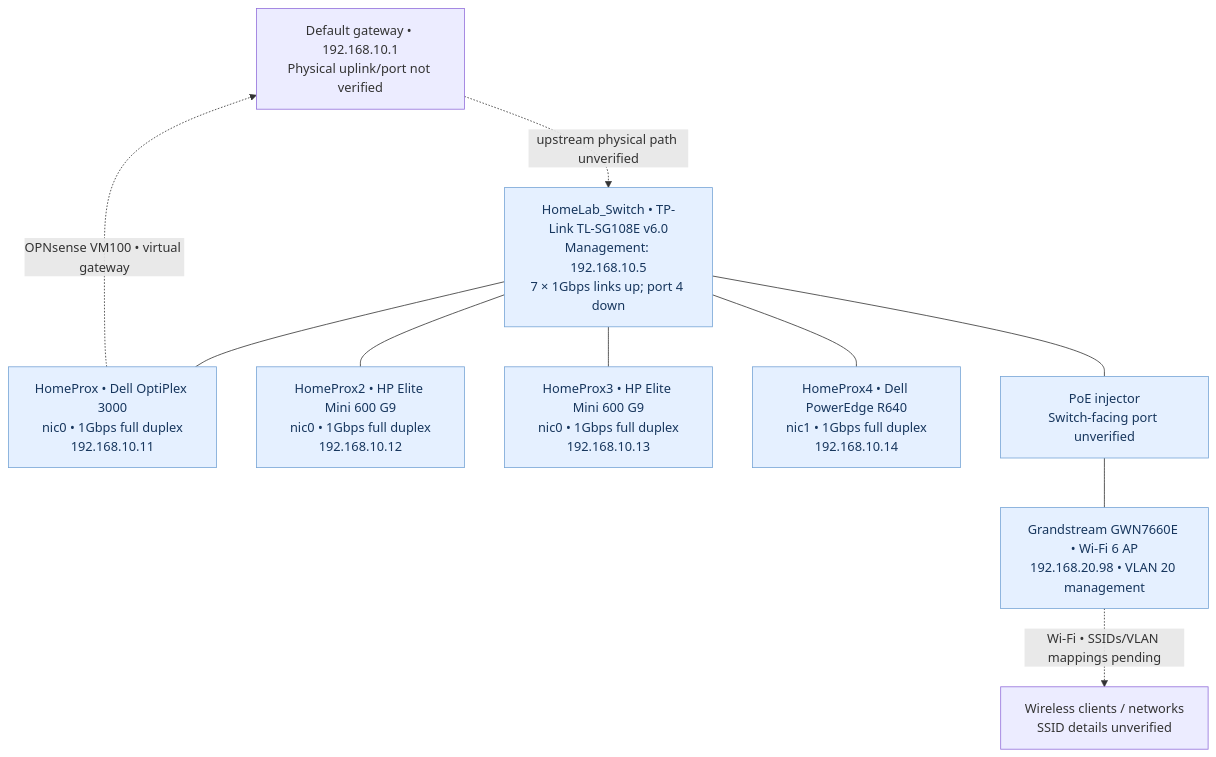
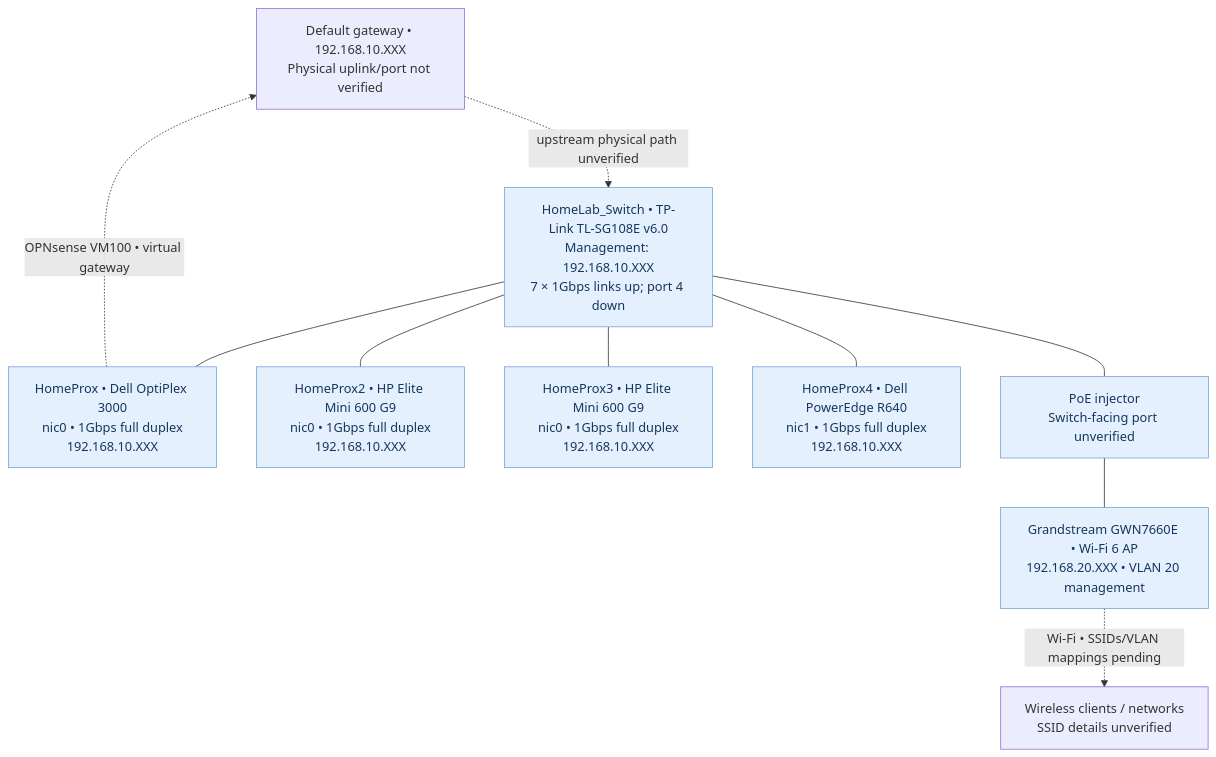
The second of 3 diagrams in network/diagrams/README.md (samuelkemp1619/HOMELAB-PORTFOLIO), drawn with Mermaid before and after one commit. The commit also changed other lines of this file, not shown here.

````diff
--- a/network/diagrams/README.md
+++ b/network/diagrams/README.md
@@ -54,16 +56,16 @@
 ```mermaid
 flowchart TB
-    GW["Default gateway • 192.168.10.1<br/>Physical uplink/port not verified"]
-    SW["HomeLab_Switch • TP-Link TL-SG108E v6.0<br/>Management: 192.168.10.5<br/>7 × 1Gbps links up; port 4 down"]
+    GW["Default gateway • 192.168.10.XXX<br/>Physical uplink/port not verified"]
+    SW["HomeLab_Switch • TP-Link TL-SG108E v6.0<br/>Management: 192.168.10.XXX<br/>7 × 1Gbps links up; port 4 down"]
     GW -. "upstream physical path unverified" .-> SW
-    SW --- H1["HomeProx • Dell OptiPlex 3000<br/>nic0 • 1Gbps full duplex<br/>192.168.10.11"]
-    SW --- H2["HomeProx2 • HP Elite Mini 600 G9<br/>nic0 • 1Gbps full duplex<br/>192.168.10.12"]
-    SW --- H3["HomeProx3 • HP Elite Mini 600 G9<br/>nic0 • 1Gbps full duplex<br/>192.168.10.13"]
-    SW --- H4["HomeProx4 • Dell PowerEdge R640<br/>nic1 • 1Gbps full duplex<br/>192.168.10.14"]
+    SW --- H1["HomeProx • Dell OptiPlex 3000<br/>nic0 • 1Gbps full duplex<br/>192.168.10.XXX"]
+    SW --- H2["HomeProx2 • HP Elite Mini 600 G9<br/>nic0 • 1Gbps full duplex<br/>192.168.10.XXX"]
+    SW --- H3["HomeProx3 • HP Elite Mini 600 G9<br/>nic0 • 1Gbps full duplex<br/>192.168.10.XXX"]
+    SW --- H4["HomeProx4 • Dell PowerEdge R640<br/>nic1 • 1Gbps full duplex<br/>192.168.10.XXX"]
     SW --- POE["PoE injector<br/>Switch-facing port unverified"]
-    POE --- AP["Grandstream GWN7660E • Wi-Fi 6 AP<br/>192.168.20.98 • VLAN 20 management"]
+    POE --- AP["Grandstream GWN7660E • Wi-Fi 6 AP<br/>192.168.20.XXX • VLAN 20 management"]
     AP -. "Wi-Fi • SSIDs/VLAN mappings pending" .-> WIFI["Wireless clients / networks<br/>SSID details unverified"]
     H1 -. "OPNsense VM100 • virtual gateway" .-> GW
     classDef device fill:#e5f0ff,color:#17365d,stroke:#77a5d6
     class SW,H1,H2,H3,H4,POE,AP device
 ```
````
